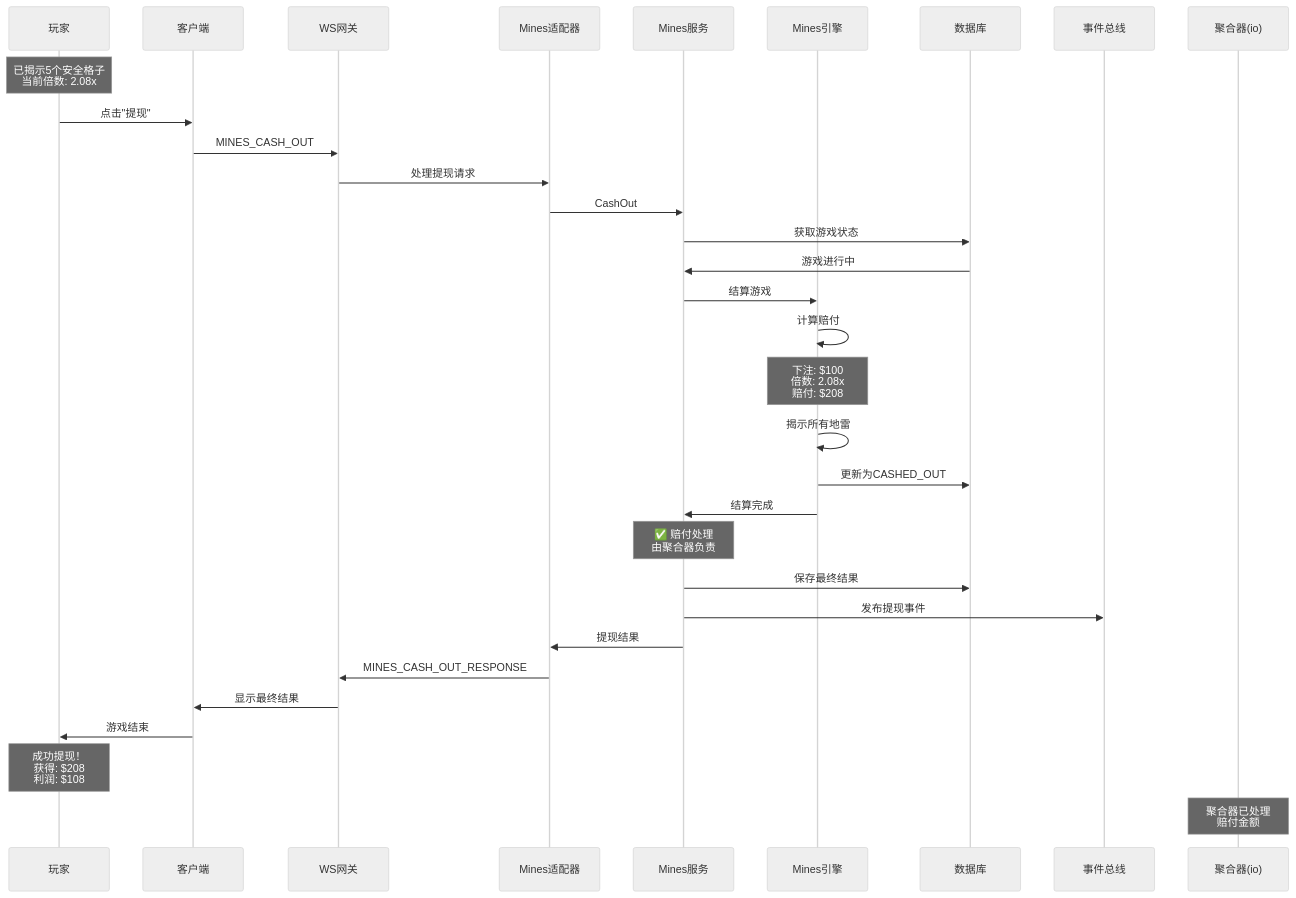
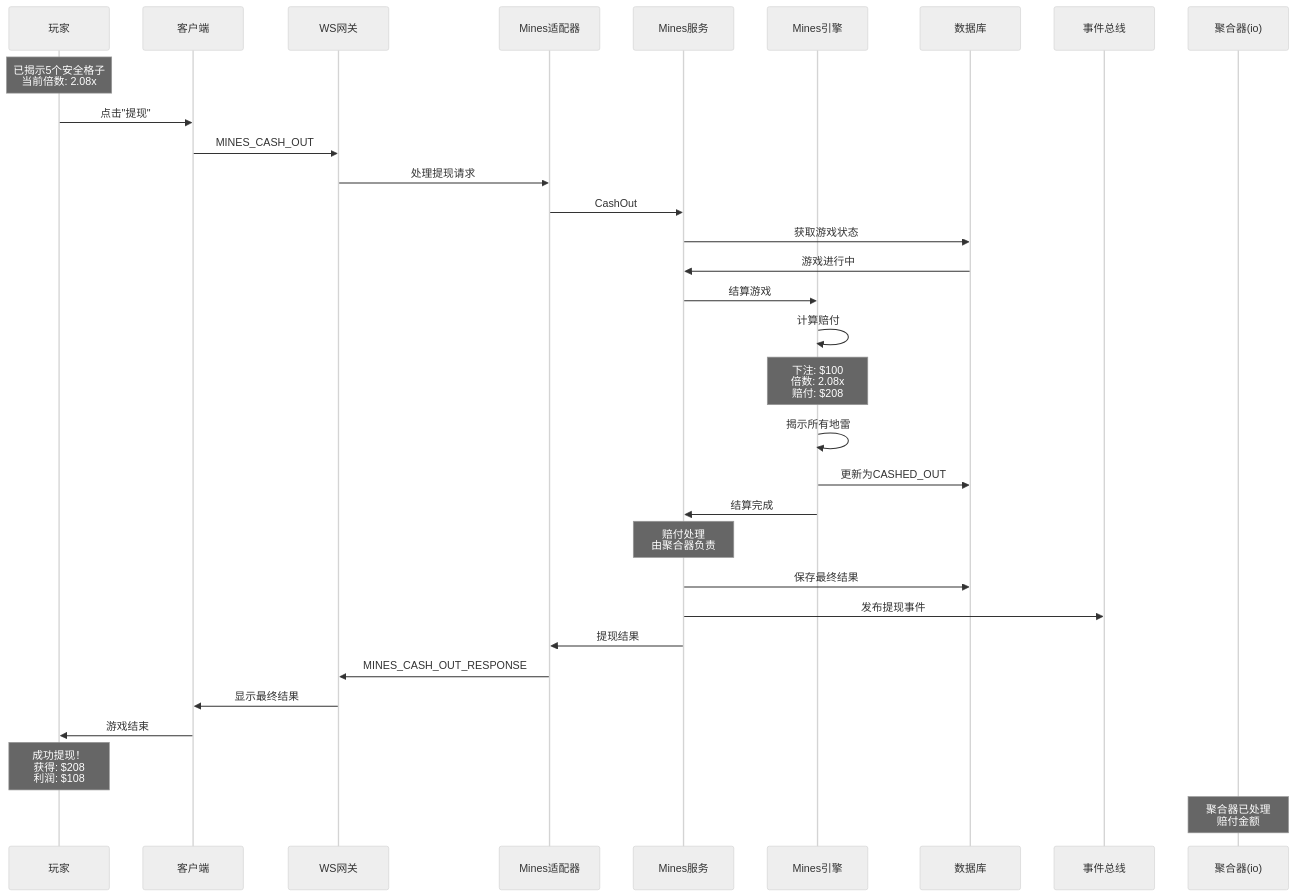
Before and after one commit to infigaming-com/invoker-gh-pages: diagram 11 of 32 in sequence-diagrams-zh.md, drawn with Mermaid (neutral theme). The commit also changed other lines of this file and 3 other files, not shown here.

````diff
--- a/sequence-diagrams-zh.md
+++ b/sequence-diagrams-zh.md
@@ -534,45 +534,45 @@
 ```mermaid
 sequenceDiagram
     participant Player as 玩家
     participant Client as 客户端
     participant WSGateway as WS网关
     participant MinesAdapter as Mines适配器
     participant MinesService as Mines服务
     participant MinesEngine as Mines引擎
     participant Database as 数据库
     participant EventBus as 事件总线
     participant Aggregator as 聚合器(io)
 
     Note over Player: 已揭示5个安全格子<br/>当前倍数: 2.08x
     
     Player->>Client: 点击"提现"
     Client->>WSGateway: MINES_CASH_OUT
     
     WSGateway->>MinesAdapter: 处理提现请求
     MinesAdapter->>MinesService: CashOut
     
     MinesService->>Database: 获取游戏状态
     Database->>MinesService: 游戏进行中
     
     MinesService->>MinesEngine: 结算游戏
     MinesEngine->>MinesEngine: 计算赔付
     Note over MinesEngine: 下注: $100<br/>倍数: 2.08x<br/>赔付: $208
     
     MinesEngine->>MinesEngine: 揭示所有地雷
     MinesEngine->>Database: 更新为CASHED_OUT
     
     MinesEngine->>MinesService: 结算完成
-    Note over MinesService: ✅ 赔付处理<br/>由聚合器负责
+    Note over MinesService: 赔付处理<br/>由聚合器负责
     
     MinesService->>Database: 保存最终结果
     MinesService->>EventBus: 发布提现事件
     
     MinesService->>MinesAdapter: 提现结果
     MinesAdapter->>WSGateway: MINES_CASH_OUT_RESPONSE
     WSGateway->>Client: 显示最终结果
     
     Client->>Player: 游戏结束
     Note over Player: 成功提现！<br/>获得: $208<br/>利润: $108
 
     Note over Aggregator: 聚合器已处理<br/>赔付金额
 ```
````
